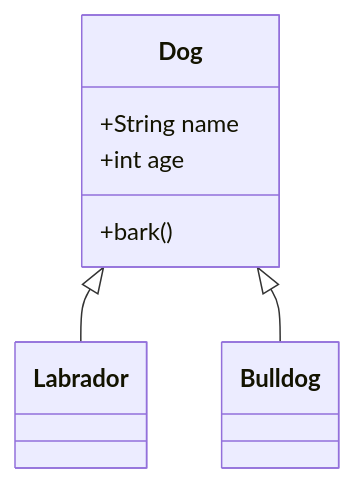
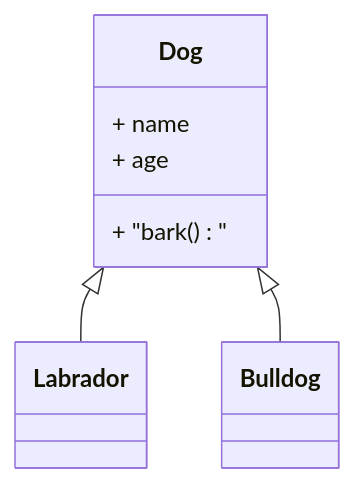
The first of 15 diagrams in content/post/2024/2024-11-08-python-oop/index.md (42jerrykim/42jerrykim.github.io), drawn with Mermaid before and after one commit. The commit also changed other lines of this file and 239 other files, not shown here.

````diff
--- a/content/post/2024/2024-11-08-python-oop/index.md
+++ b/content/post/2024/2024-11-08-python-oop/index.md
@@ -185,10 +231,10 @@
 ```mermaid
 classDiagram
     class Dog {
-        +String name
-        +int age
-        +bark()
+        + name
+        + age
+        + "bark()"
     }
     Dog <|-- Labrador
     Dog <|-- Bulldog
 ```
````
